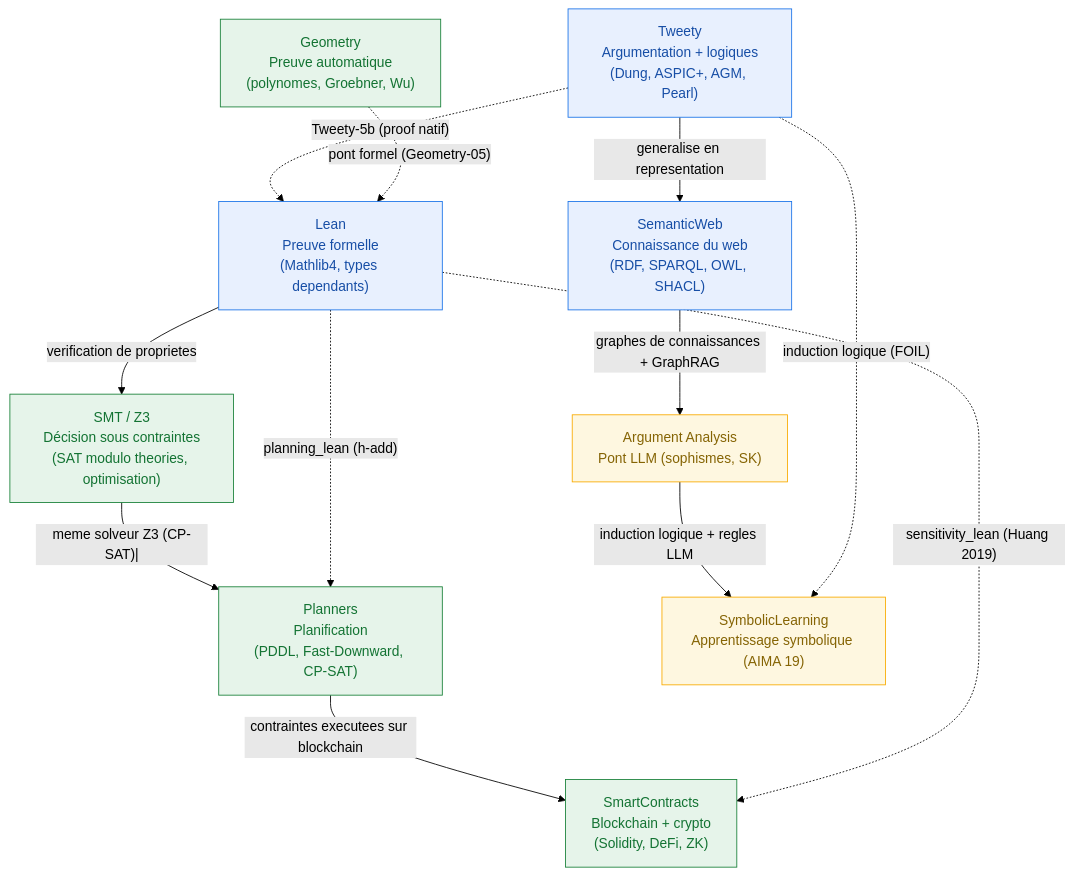
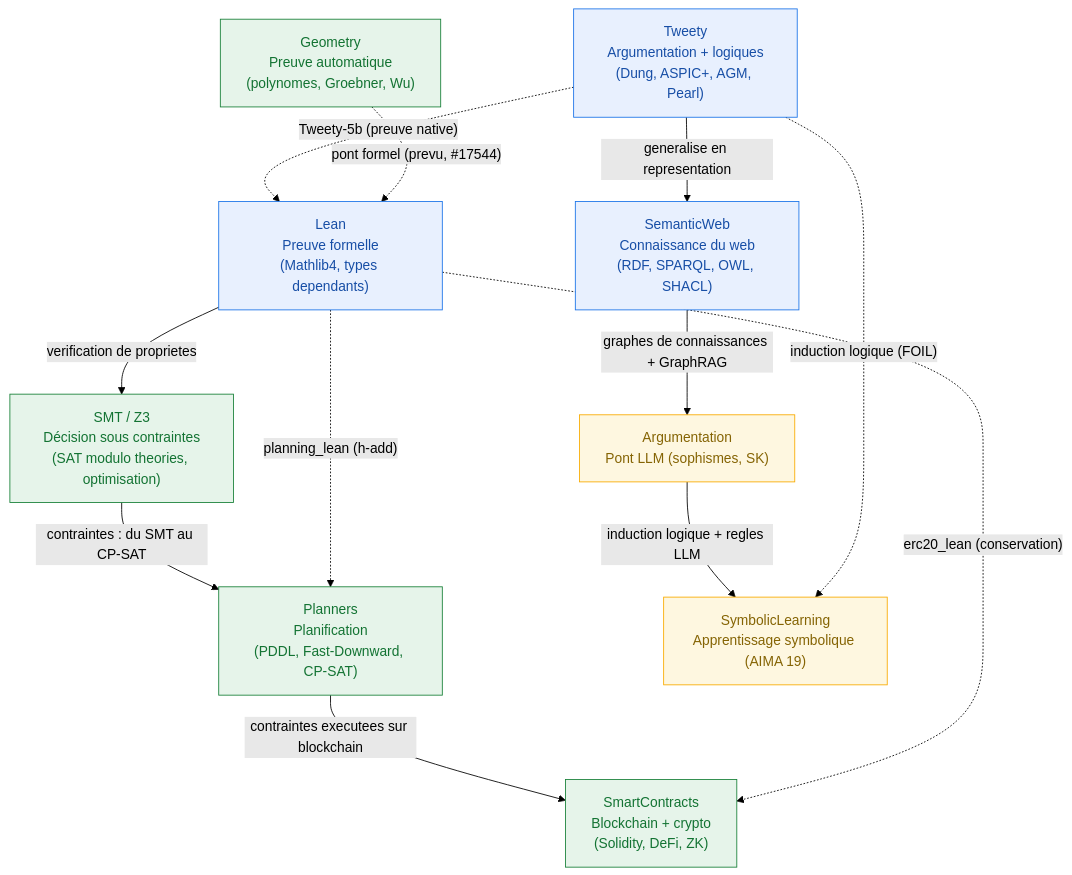
One commit to jsboige/CoursIA changed the diagram in MyIA.AI.Notebooks/SymbolicAI/README.md. Above: the diagram before and after it, drawn with Mermaid (forest theme). The commit also changed other lines of this file, not shown here.

````diff
--- a/MyIA.AI.Notebooks/SymbolicAI/README.md
+++ b/MyIA.AI.Notebooks/SymbolicAI/README.md
@@ -24,35 +59,35 @@
 ```mermaid
 flowchart TD
     TW["Tweety<br/>Argumentation + logiques<br/>(Dung, ASPIC+, AGM, Pearl)"]
     SW["SemanticWeb<br/>Connaissance du web<br/>(RDF, SPARQL, OWL, SHACL)"]
     LEAN["Lean<br/>Preuve formelle<br/>(Mathlib4, types dependants)"]
     SMT["SMT / Z3<br/>Décision sous contraintes<br/>(SAT modulo theories, optimisation)"]
     PL["Planners<br/>Planification<br/>(PDDL, Fast-Downward, CP-SAT)"]
     SC["SmartContracts<br/>Blockchain + crypto<br/>(Solidity, DeFi, ZK)"]
-    AA["Argument Analysis<br/>Pont LLM (sophismes, SK)"]
+    AA["Argumentation<br/>Pont LLM (sophismes, SK)"]
     SL["SymbolicLearning<br/>Apprentissage symbolique (AIMA 19)"]
     GEO["Geometry<br/>Preuve automatique<br/>(polynomes, Groebner, Wu)"]
 
-    %% Ponts conceptuels (flesches pleines = consommation / généralisation)
+    %% Ponts conceptuels (fleches pleines = consommation / generalisation)
     TW -->|"generalise en representation"| SW
     LEAN -->|"verification de proprietes"| SMT
-    SMT -->|"meme solveur Z3 (CP-SAT)|"| PL
+    SMT -->|"contraintes : du SMT au CP-SAT"| PL
     PL -->|"contraintes executees sur blockchain"| SC
     SW -->|"graphes de connaissances + GraphRAG"| AA
     AA -->|"induction logique + regles LLM"| SL
 
-    %% Ponts par companion (flesches pointillees = notebook natif en Lean)
-    TW -.->|"Tweety-5b (proof natif)"| LEAN
+    %% Ponts par compagnon (fleches pointillees = notebook natif en Lean)
+    TW -.->|"Tweety-5b (preuve native)"| LEAN
     LEAN -.->|"planning_lean (h-add)"| PL
-    LEAN -.->|"sensitivity_lean (Huang 2019)"| SC
+    LEAN -.->|"erc20_lean (conservation)"| SC
     TW -.->|"induction logique (FOIL)"| SL
-    GEO -.->|"pont formel (Geometry-05)"| LEAN
+    GEO -.->|"pont formel (prevu, #17544)"| LEAN
 
     %% color: explicite -- sans lui, libelle clair sur fond clair en mode sombre GitHub (#15022) ; ton parfois plus fonce que le stroke (le stroke en couleur de texte rendrait infer illisible) : ne pas harmoniser
     classDef found fill:#e8f0fe,stroke:#1a73e8,color:#174ea6
     classDef app fill:#e6f4ea,stroke:#188038,color:#137333
     classDef bridge fill:#fef7e0,stroke:#f9ab00,color:#856404
     class TW,SW,LEAN found
     class SMT,PL,SC,GEO app
     class AA,SL bridge
 ```
````
